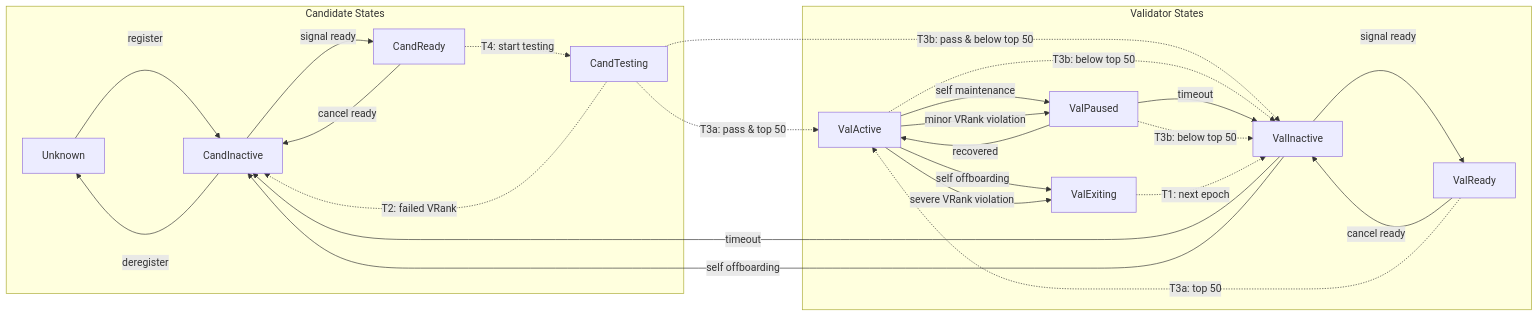
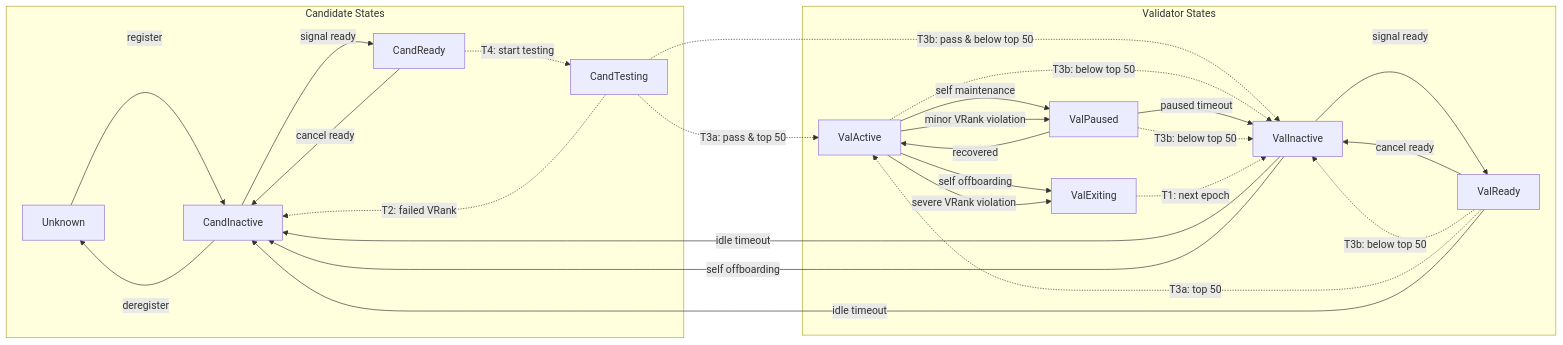
Before and after one commit to kaiachain/kips: the diagram in KIPs/kip-286.md, drawn with Mermaid. The commit also changed other lines of this file, not shown here.

Commit message:
Refine CandReady condition and idle timeout

````diff
--- a/KIPs/kip-286.md
+++ b/KIPs/kip-286.md
@@ -207,49 +210,51 @@
 ```mermaid
 flowchart LR
     subgraph Candidates["Candidate States"]
         Unknown
         CandInactive
         CandReady
         CandTesting
     end
 
     subgraph Validators["Validator States"]
         ValInactive
         ValReady
         ValActive
         ValPaused
         ValExiting
     end
 
     %% Registration & Deregistration
     Unknown -->|"register"| CandInactive
     CandInactive -->|"deregister"| Unknown
 
     %% Candidate Lifecycle
     CandInactive -->|"signal ready"| CandReady
     CandReady -->|"cancel ready"| CandInactive
     CandReady -.->|"T4: start testing"| CandTesting
     CandTesting -.->|"T2: failed VRank"| CandInactive
     CandTesting -.->|"T3a: pass & top 50"| ValActive
     CandTesting -.->|"T3b: pass & below top 50"| ValInactive
 
     %% Validator Active Set
     ValActive -.->|"T3b: below top 50"| ValInactive
     ValInactive -->|"signal ready"| ValReady
     ValReady -->|"cancel ready"| ValInactive
+    ValReady -.->|"T3b: below top 50"| ValInactive
     ValReady -.->|"T3a: top 50"| ValActive
 
     %% Maintenance & Recovery
     ValActive -->|"self maintenance"| ValPaused
     ValActive -->|"minor VRank violation"| ValPaused
     ValPaused -->|"recovered"| ValActive
-    ValPaused -->|"timeout"| ValInactive
+    ValPaused -->|"paused timeout"| ValInactive
     ValPaused -.->|"T3b: below top 50"| ValInactive
 
     %% Exit & Offboarding
     ValActive -->|"self offboarding"| ValExiting
     ValActive -->|"severe VRank violation"| ValExiting
     ValExiting -.->|"T1: next epoch"| ValInactive
-    ValInactive -->|"timeout"| CandInactive
+    ValReady -->|"idle timeout"| CandInactive
+    ValInactive -->|"idle timeout"| CandInactive
     ValInactive -->|"self offboarding"| CandInactive
 ```
````
